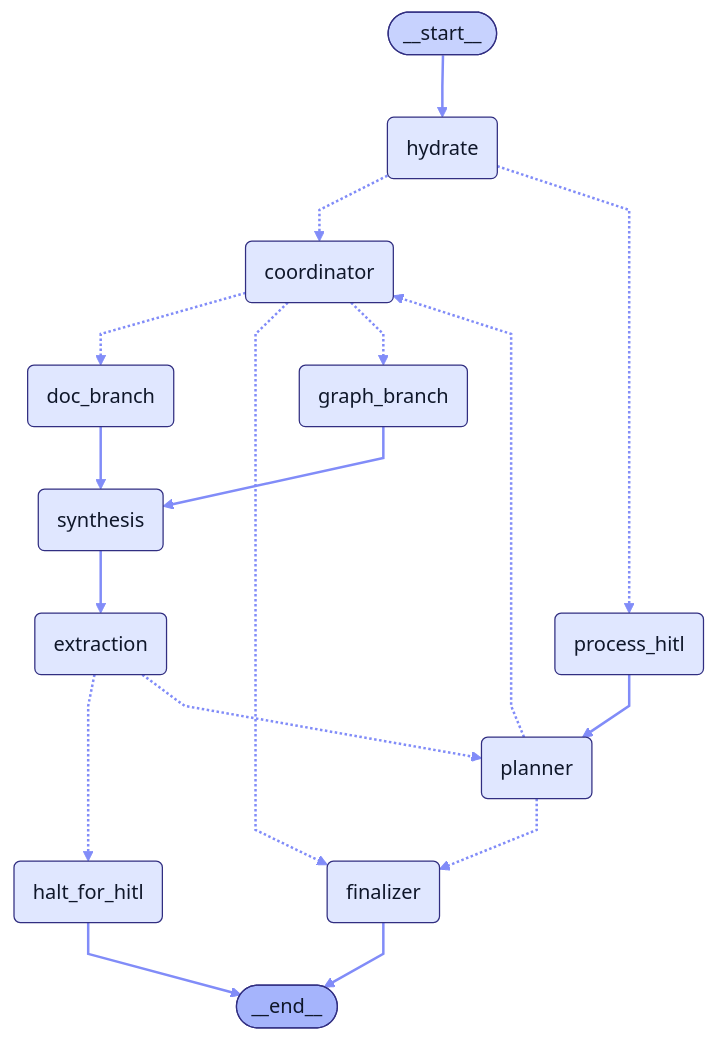
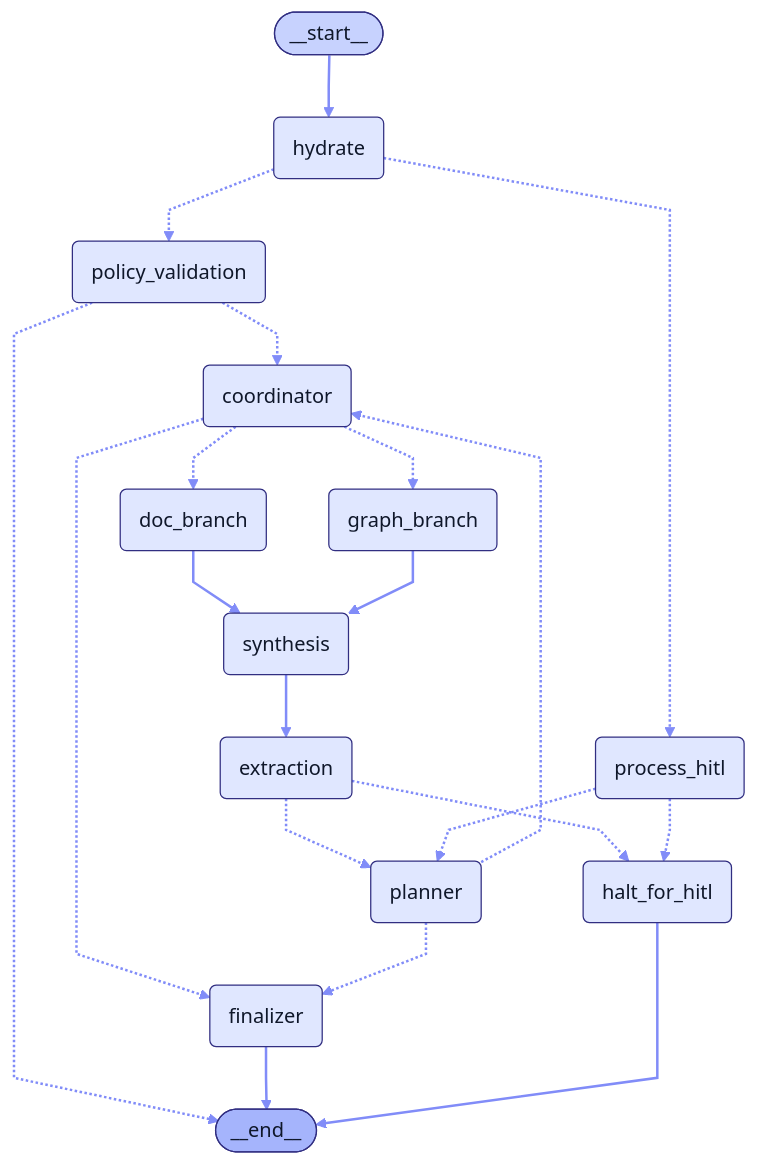
The diagram in visuals/agent_graph.md (zvieli/MAG_Agent), drawn with Mermaid before and after one commit. The commit also changed 10 other files, not shown here.

````diff
--- a/visuals/agent_graph.md
+++ b/visuals/agent_graph.md
@@ -3,41 +3,45 @@
 ```mermaid
 ---
 config:
   flowchart:
     curve: linear
 ---
 graph TD;
 	__start__([__start__]):::first
 	hydrate(hydrate)
+	policy_validation(policy_validation)
 	process_hitl(process_hitl)
 	coordinator(coordinator)
 	doc_branch(doc_branch)
 	graph_branch(graph_branch)
 	synthesis(synthesis)
 	extraction(extraction)
 	halt_for_hitl(halt_for_hitl)
 	planner(planner)
 	finalizer(finalizer)
 	__end__([__end__]):::last
 	__start__ --> hydrate;
 	coordinator -.-> doc_branch;
 	coordinator -.-> finalizer;
 	coordinator -.-> graph_branch;
 	doc_branch --> synthesis;
 	extraction -.-> halt_for_hitl;
 	extraction -.-> planner;
 	graph_branch --> synthesis;
-	hydrate -.-> coordinator;
+	hydrate -.-> policy_validation;
 	hydrate -.-> process_hitl;
 	planner -.-> coordinator;
 	planner -.-> finalizer;
-	process_hitl --> planner;
+	policy_validation -.-> __end__;
+	policy_validation -.-> coordinator;
+	process_hitl -.-> halt_for_hitl;
+	process_hitl -.-> planner;
 	synthesis --> extraction;
 	finalizer --> __end__;
 	halt_for_hitl --> __end__;
 	classDef default fill:#e0e7ff,line-height:1.2,color:#0f172a,stroke:#312e81,stroke-width:1px
 	classDef first fill:#c7d2fe,color:#0f172a,stroke:#312e81,stroke-width:1px
 	classDef last fill:#a5b4fc,color:#0f172a,stroke:#312e81,stroke-width:1px
 
 	linkStyle default stroke:#818cf8,stroke-width:2px;
 ```
````
